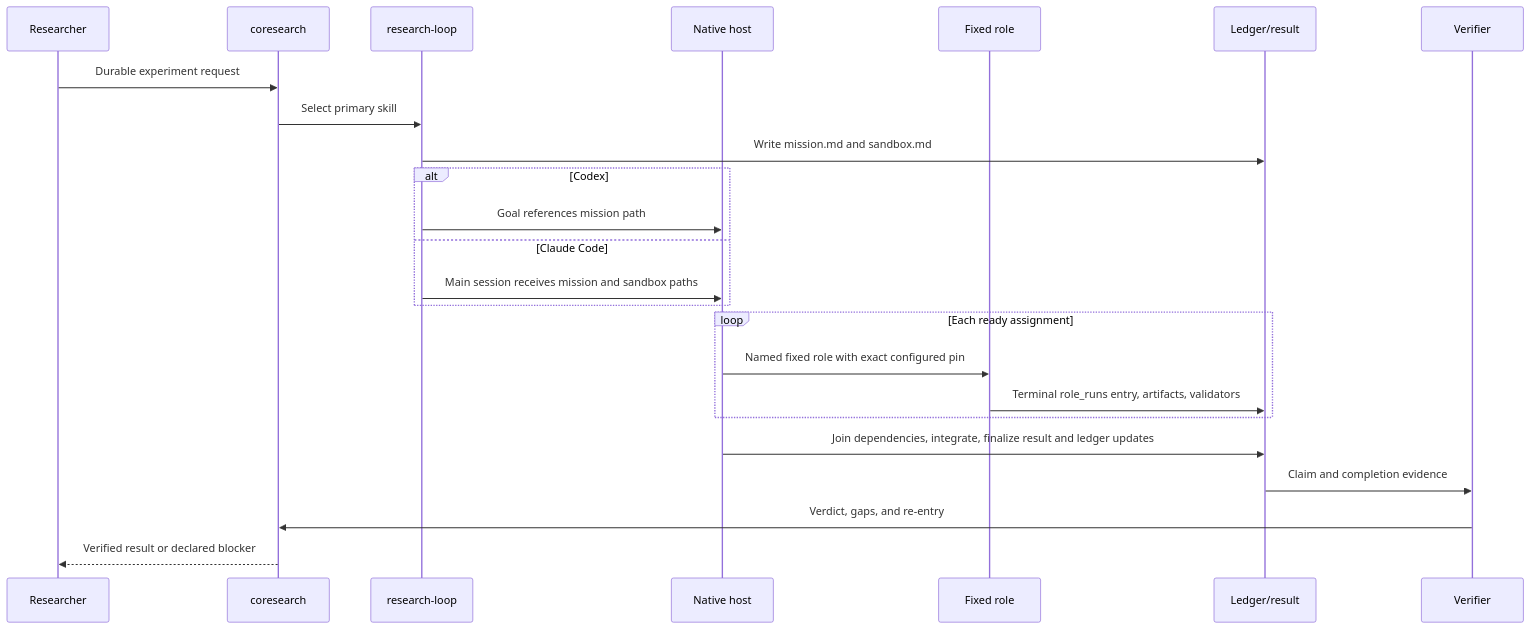
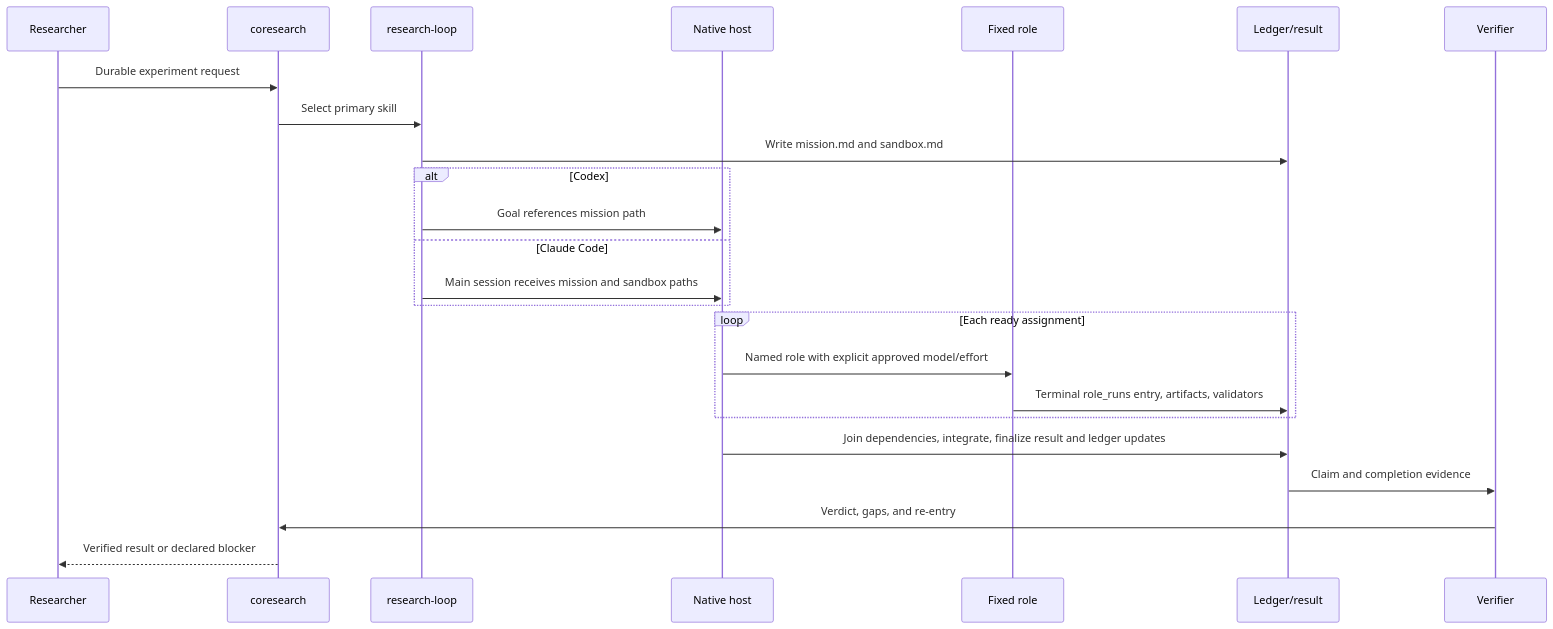
The third of 3 diagrams in DESIGN.md (JooyoungPark73/coresearch), drawn with Mermaid before and after one commit. The commit also changed other lines of this file and 21 other files, not shown here.

Commit message:
add flexible model and reasoning effort, decided by the orchestrator agent

````diff
--- a/DESIGN.md
+++ b/DESIGN.md
@@ -375,26 +390,26 @@
 ```mermaid
 sequenceDiagram
     participant U as Researcher
     participant C as coresearch
     participant L as research-loop
     participant H as Native host
     participant A as Fixed role
     participant G as Ledger/result
     participant V as Verifier
     U->>C: Durable experiment request
     C->>L: Select primary skill
     L->>G: Write mission.md and sandbox.md
     alt Codex
         L->>H: Goal references mission path
     else Claude Code
         L->>H: Main session receives mission and sandbox paths
     end
     loop Each ready assignment
-        H->>A: Named fixed role with exact configured pin
+        H->>A: Named role with explicit approved model/effort
         A->>G: Terminal role_runs entry, artifacts, validators
     end
     H->>G: Join dependencies, integrate, finalize result and ledger updates
     G->>V: Claim and completion evidence
     V->>C: Verdict, gaps, and re-entry
     C-->>U: Verified result or declared blocker
 ```
````
